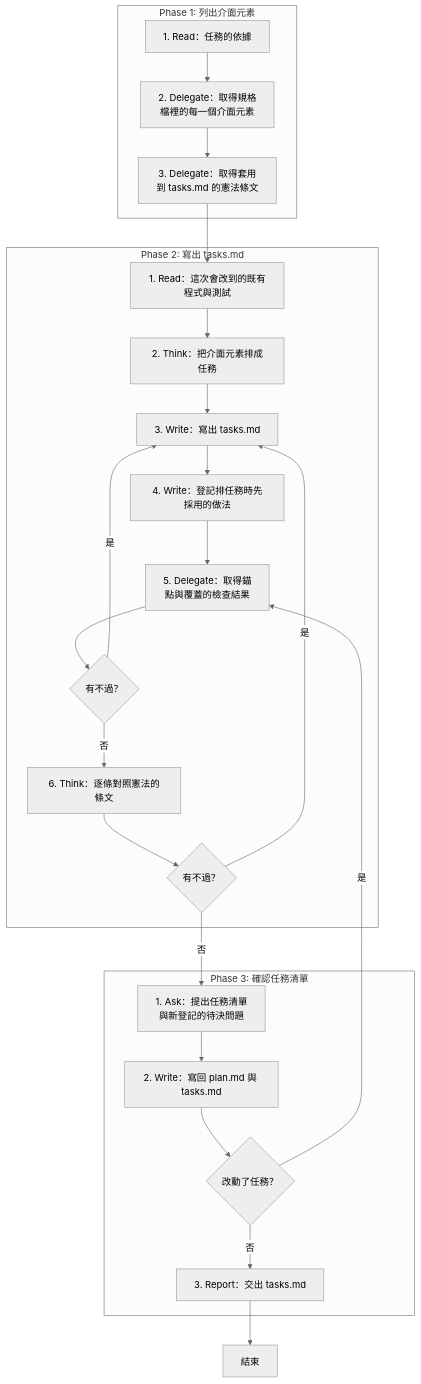
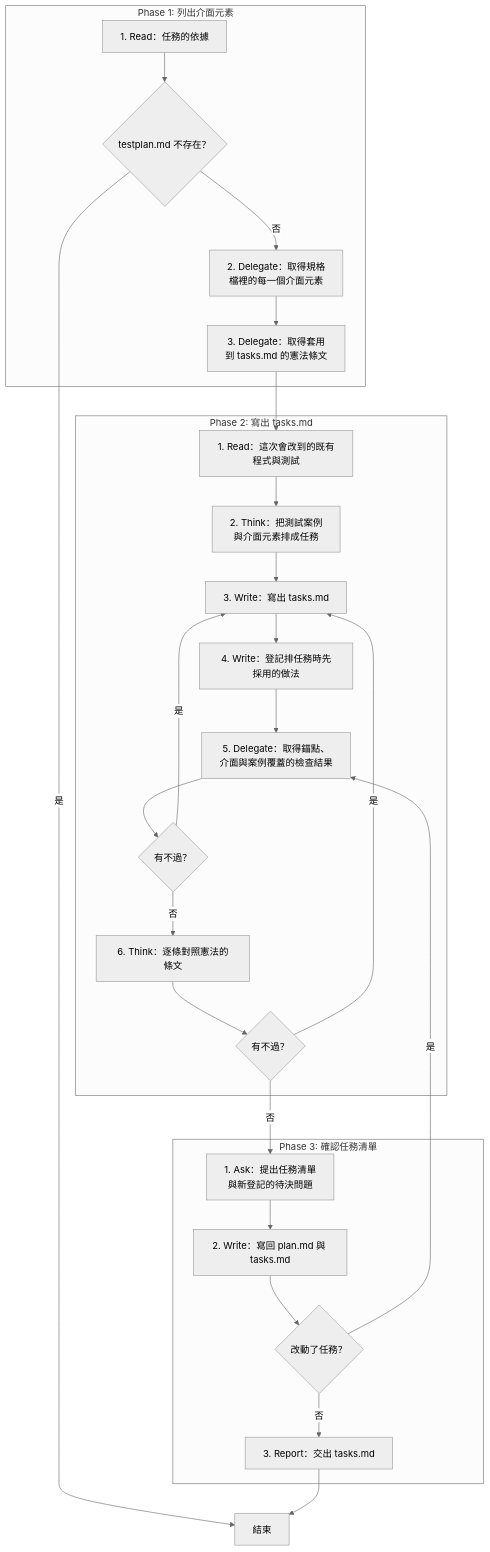
The diagram in .claude/skills/tasks/SKILL.md (AI-x-BDD/BDGG-Dev-Skills), drawn with Mermaid (neutral theme) before and after one commit. The commit also changed other lines of this file and 9 other files, not shown here.

````diff
--- a/.claude/skills/tasks/SKILL.md
+++ b/.claude/skills/tasks/SKILL.md
@@ -29,43 +29,46 @@
 ```mermaid
 flowchart TD
     subgraph P1["Phase 1: 列出介面元素"]
         P1S1["1. Read：任務的依據"]
+        G_P1S1_1{"testplan.md 不存在？"}
         P1S2["2. Delegate：取得規格<br/>檔裡的每一個介面元素"]
         P1S3["3. Delegate：取得套用<br/>到 tasks.md 的憲法條文"]
     end
     subgraph P2["Phase 2: 寫出 tasks.md"]
         P2S1["1. Read：這次會改到的既有程式與測試"]
-        P2S2["2. Think：把介面元素排成任務"]
+        P2S2["2. Think：把測試案例<br/>與介面元素排成任務"]
         P2S3["3. Write：寫出 tasks.md"]
         P2S4["4. Write：登記排任務時先採用的做法"]
-        P2S5["5. Delegate：取得錨<br/>點與覆蓋的檢查結果"]
+        P2S5["5. Delegate：取得錨點、<br/>介面與案例覆蓋的檢查結果"]
         G_P2S5_1{"有不過？"}
         P2S6["6. Think：逐條對照憲法的條文"]
         G_P2S6_1{"有不過？"}
     end
     subgraph P3["Phase 3: 確認任務清單"]
         P3S1["1. Ask：提出任務清單<br/>與新登記的待決問題"]
         P3S2["2. Write：寫回 plan.md 與 tasks.md"]
         G_P3S2_1{"改動了任務？"}
         P3S3["3. Report：交出 tasks.md"]
     end
     End["結束"]
-    P1S1 --> P1S2
+    P1S1 --> G_P1S1_1
+    G_P1S1_1 -->|是| End
+    G_P1S1_1 -->|否| P1S2
     P1S2 --> P1S3
     P1S3 --> P2S1
     P2S1 --> P2S2
     P2S2 --> P2S3
     P2S3 --> P2S4
     P2S4 --> P2S5
     P2S5 --> G_P2S5_1
     G_P2S5_1 -->|是| P2S3
     G_P2S5_1 -->|否| P2S6
     P2S6 --> G_P2S6_1
     G_P2S6_1 -->|是| P2S3
     G_P2S6_1 -->|否| P3S1
     P3S1 --> P3S2
     P3S2 --> G_P3S2_1
     G_P3S2_1 -->|是| P2S5
     G_P3S2_1 -->|否| P3S3
     P3S3 --> End
 ```
````
